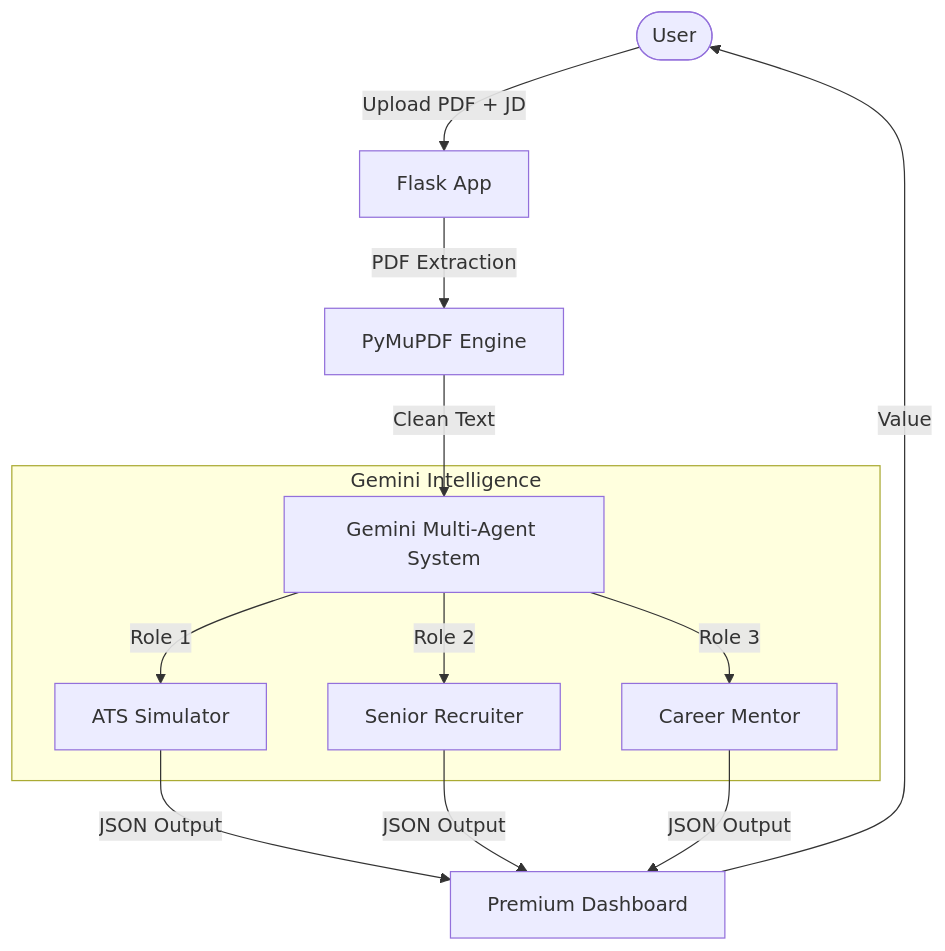
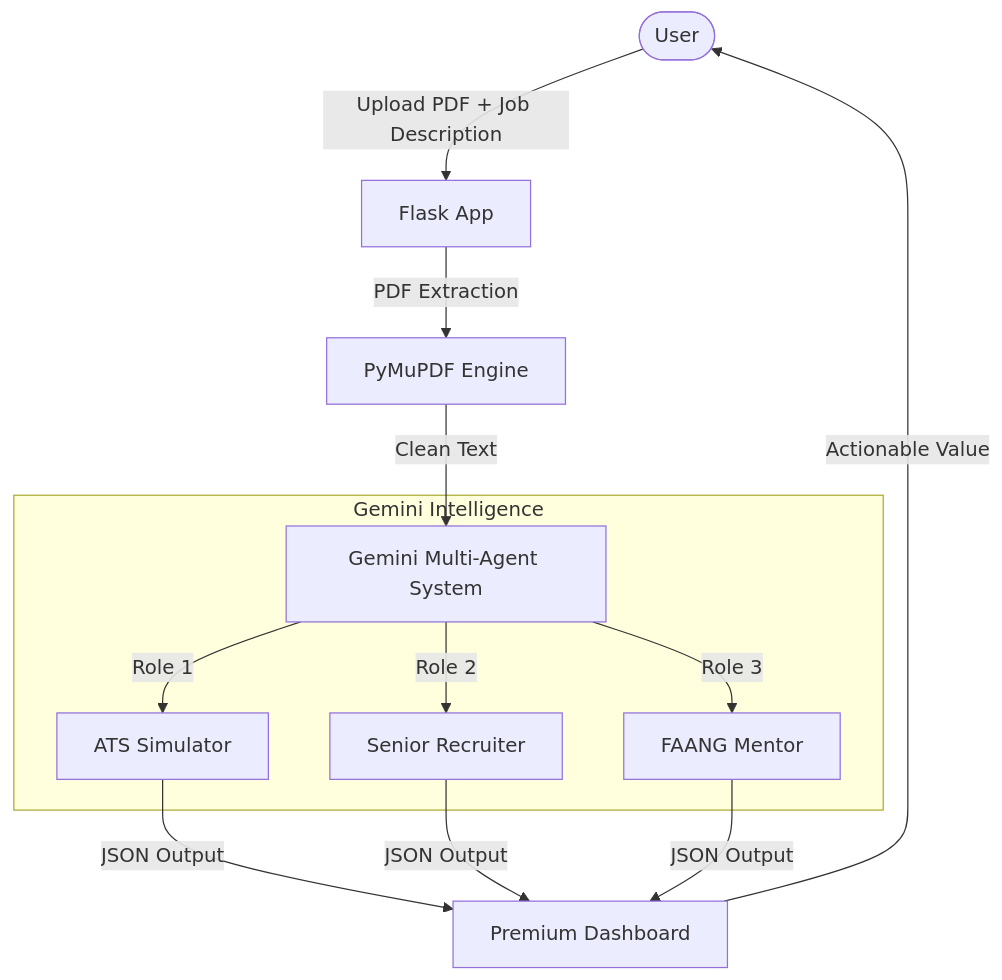
Before and after one commit to ShreyaRHipparagi/ai-ats-resume-analyzer: the diagram in README.md, drawn with Mermaid. The commit also changed other lines of this file, not shown here.

````diff
--- a/README.md
+++ b/README.md
@@ -20,18 +49,18 @@
 ```mermaid
 graph TD
-    User([User]) -->|Upload PDF + JD| Flask[Flask App]
+    User([User]) -->|Upload PDF + Job Description| Flask[Flask App]
     Flask -->|PDF Extraction| PyMuPDF[PyMuPDF Engine]
     PyMuPDF -->|Clean Text| GeminiAgent[Gemini Multi-Agent System]
-    
+
     subgraph Gemini Intelligence
         GeminiAgent -->|Role 1| ATS[ATS Simulator]
         GeminiAgent -->|Role 2| Recruiter[Senior Recruiter]
-        GeminiAgent -->|Role 3| Mentor[Career Mentor]
+        GeminiAgent -->|Role 3| Mentor[FAANG Mentor]
     end
-    
+
     ATS -->|JSON Output| Dashboard[Premium Dashboard]
     Recruiter -->|JSON Output| Dashboard
     Mentor -->|JSON Output| Dashboard
-    
-    Dashboard -->|Value| User
+
+    Dashboard -->|Actionable Value| User
 ```
````
